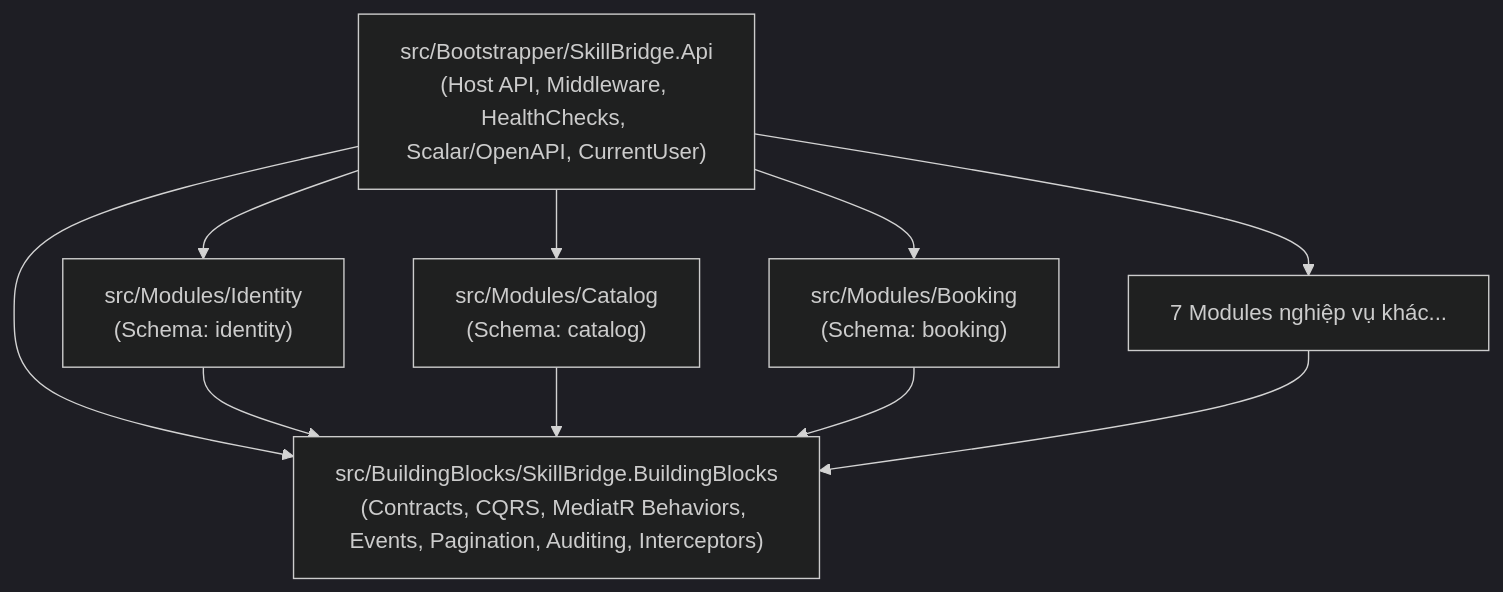
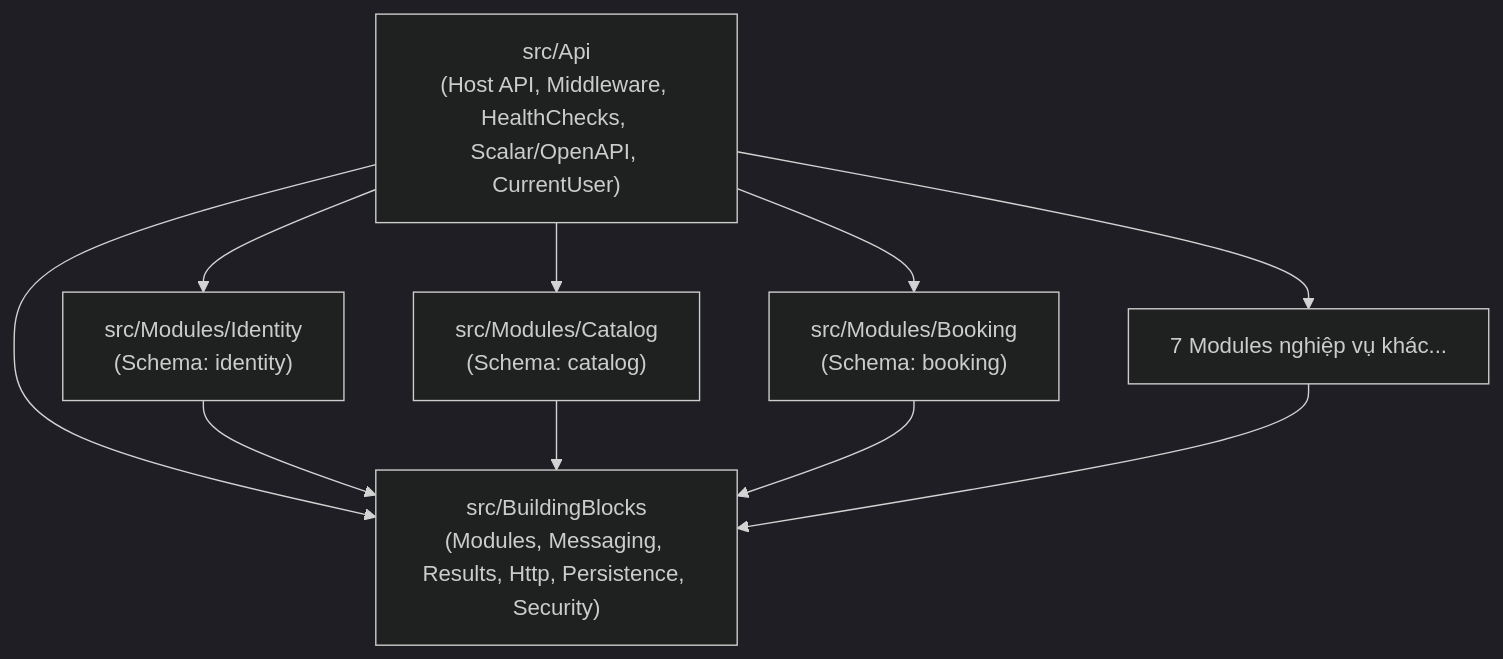
Before and after one commit to SkillBrigde/skillbridge-api: the diagram in docs/setup-guide.md, drawn with Mermaid (dark theme). The commit also changed other lines of this file and 238 other files, not shown here.

````diff
--- a/docs/setup-guide.md
+++ b/docs/setup-guide.md
@@ -24,22 +25,22 @@
 ```mermaid
 graph TD
-    Bootstrapper["src/Bootstrapper/SkillBridge.Api<br/>(Host API, Middleware, HealthChecks, Scalar/OpenAPI, CurrentUser)"]
-    
-    BB["src/BuildingBlocks/SkillBridge.BuildingBlocks<br/>(Contracts, CQRS, MediatR Behaviors, Events, Pagination, Auditing, Interceptors)"]
-    
+    Bootstrapper["src/Api<br/>(Host API, Middleware, HealthChecks, Scalar/OpenAPI, CurrentUser)"]
+
+    BB["src/BuildingBlocks<br/>(Modules, Messaging, Results, Http, Persistence, Security)"]
+
     ModIdentity["src/Modules/Identity<br/>(Schema: identity)"]
     ModCatalog["src/Modules/Catalog<br/>(Schema: catalog)"]
     ModBooking["src/Modules/Booking<br/>(Schema: booking)"]
     ModOther["7 Modules nghiệp vụ khác..."]
 
     Bootstrapper --> ModIdentity
     Bootstrapper --> ModCatalog
     Bootstrapper --> ModBooking
     Bootstrapper --> ModOther
     Bootstrapper --> BB
-    
+
     ModIdentity --> BB
     ModCatalog --> BB
     ModBooking --> BB
     ModOther --> BB
 ```
````
